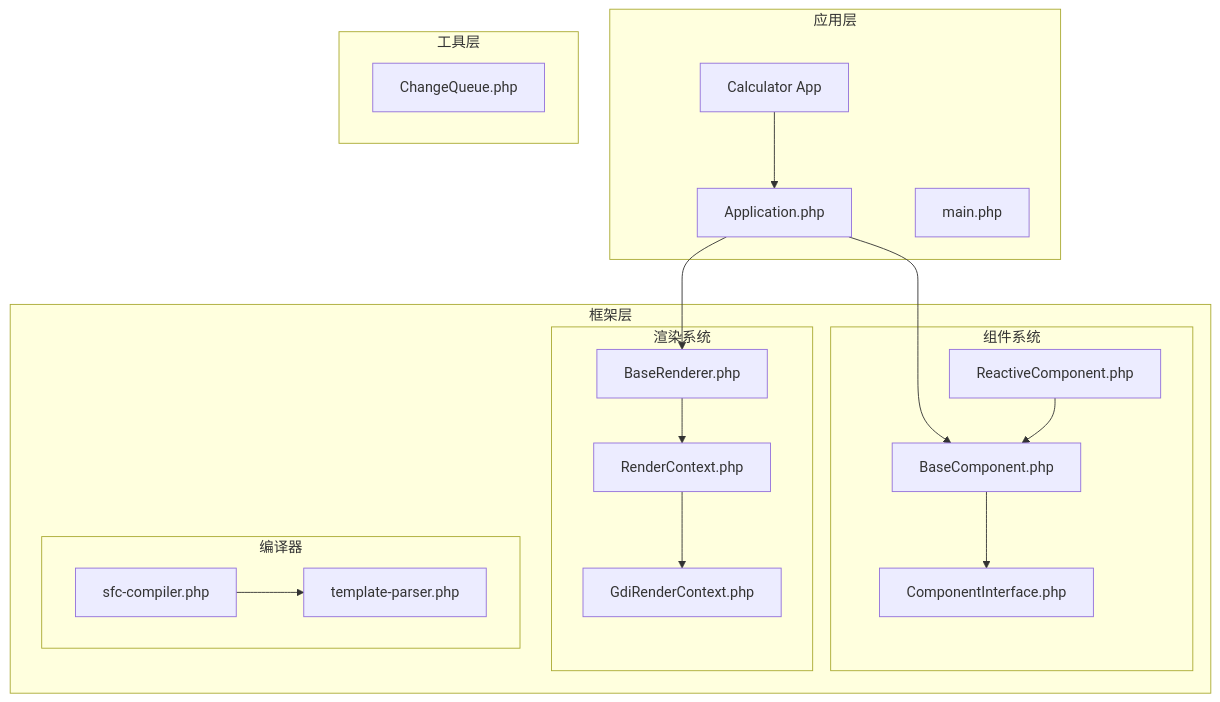
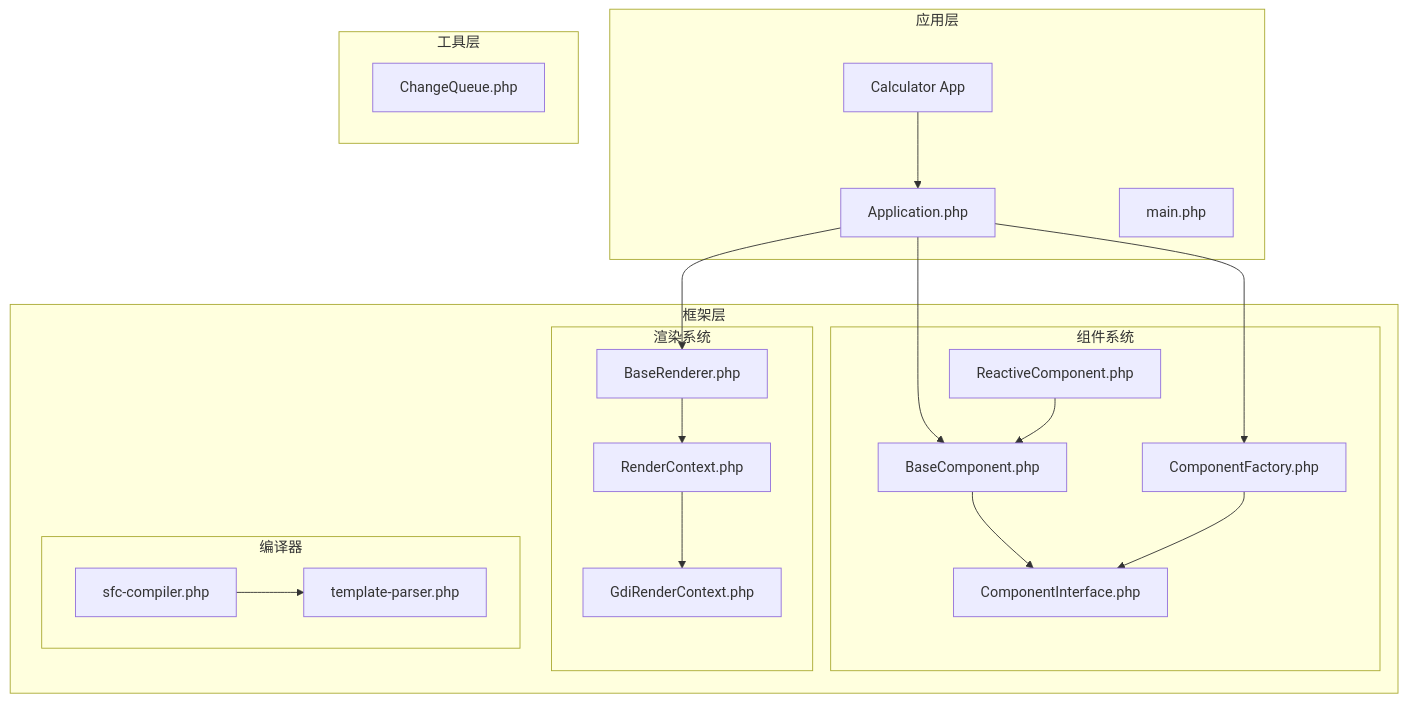
One commit to xingye00186/PUI changed the first of 10 diagrams in .qoder/repowiki/zh/content/核心架构设计/应用控制设计.md. Above: the diagram before and after it, drawn with Mermaid. The commit also changed other lines of this file and 10 other files, not shown here.

````diff
--- a/.qoder/repowiki/zh/content/核心架构设计/应用控制设计.md
+++ b/.qoder/repowiki/zh/content/核心架构设计/应用控制设计.md
@@ -41,35 +50,38 @@
 ```mermaid
 graph TB
 subgraph "应用层"
 APP[Application.php]
 MAIN[main.php]
 CALC[Calculator App]
 end
 subgraph "框架层"
 subgraph "组件系统"
 BASECOMP[BaseComponent.php]
 REACCOMP[ReactiveComponent.php]
 COMPINTF[ComponentInterface.php]
+COMPFACTORY[ComponentFactory.php]
 end
 subgraph "渲染系统"
 RENDERER[BaseRenderer.php]
 RENDCTX[RenderContext.php]
 GDI[GdiRenderContext.php]
 end
 subgraph "编译器"
 SFC[sfc-compiler.php]
 TPLPARSER[template-parser.php]
 end
 end
 subgraph "工具层"
 CHANGEQ[ChangeQueue.php]
 end
 CALC --> APP
 APP --> RENDERER
 APP --> BASECOMP
+APP --> COMPFACTORY
 RENDERER --> RENDCTX
 RENDCTX --> GDI
 SFC --> TPLPARSER
 BASECOMP --> COMPINTF
 REACCOMP --> BASECOMP
+COMPFACTORY --> COMPINTF
 ```
````
